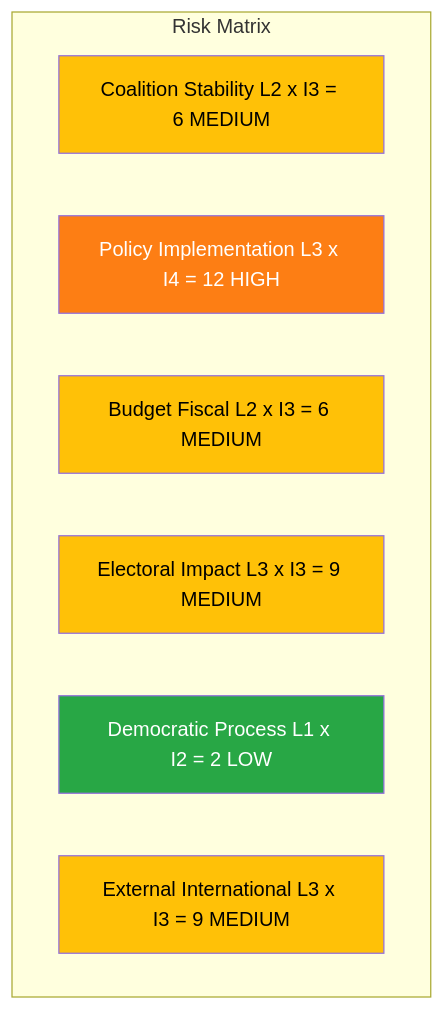
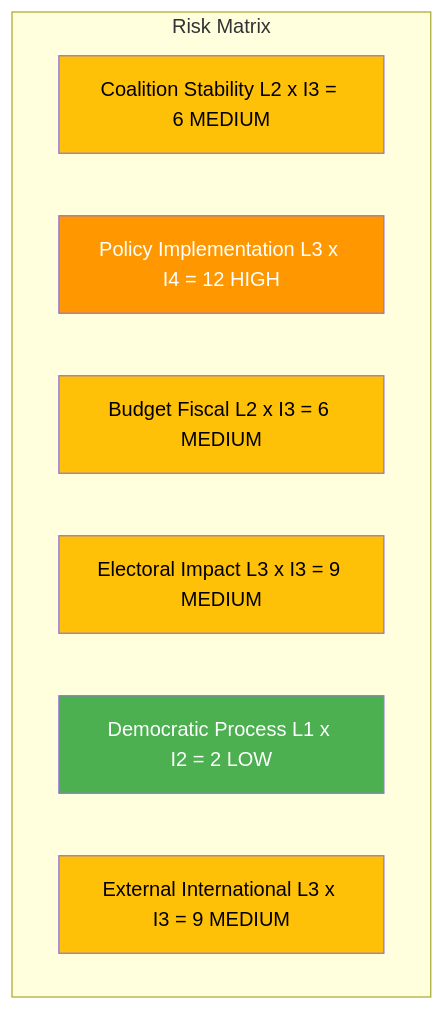
Before and after one commit to Hack23/riksdagsmonitor: the second of 2 diagrams in analysis/daily/2026-04-09/realtime-1029/documents/hd01sfu16-analysis.md, drawn with Mermaid. The commit also changed other lines of this file and 785 other files, not shown here.

First line of the commit message:
Normalize mermaid colors across 786 analysis artifacts to ISMS Style Guide palette

````diff
--- a/analysis/daily/2026-04-09/realtime-1029/documents/hd01sfu16-analysis.md
+++ b/analysis/daily/2026-04-09/realtime-1029/documents/hd01sfu16-analysis.md
@@ -73,17 +73,17 @@
 ```mermaid
 graph TD
     subgraph Risk Matrix
         R1[Coalition Stability L2 x I3 = 6 MEDIUM]
         R2[Policy Implementation L3 x I4 = 12 HIGH]
         R3[Budget Fiscal L2 x I3 = 6 MEDIUM]
         R4[Electoral Impact L3 x I3 = 9 MEDIUM]
         R5[Democratic Process L1 x I2 = 2 LOW]
         R6[External International L3 x I3 = 9 MEDIUM]
     end
-    style R1 fill:#ffc107,color:#000000
-    style R2 fill:#fd7e14,color:#ffffff
-    style R3 fill:#ffc107,color:#000000
-    style R4 fill:#ffc107,color:#000000
-    style R5 fill:#28a745,color:#ffffff
-    style R6 fill:#ffc107,color:#000000
+    style R1 fill:#FFC107,color:#000000
+    style R2 fill:#FF9800,color:#FFFFFF
+    style R3 fill:#FFC107,color:#000000
+    style R4 fill:#FFC107,color:#000000
+    style R5 fill:#4CAF50,color:#FFFFFF
+    style R6 fill:#FFC107,color:#000000
 ```
````
